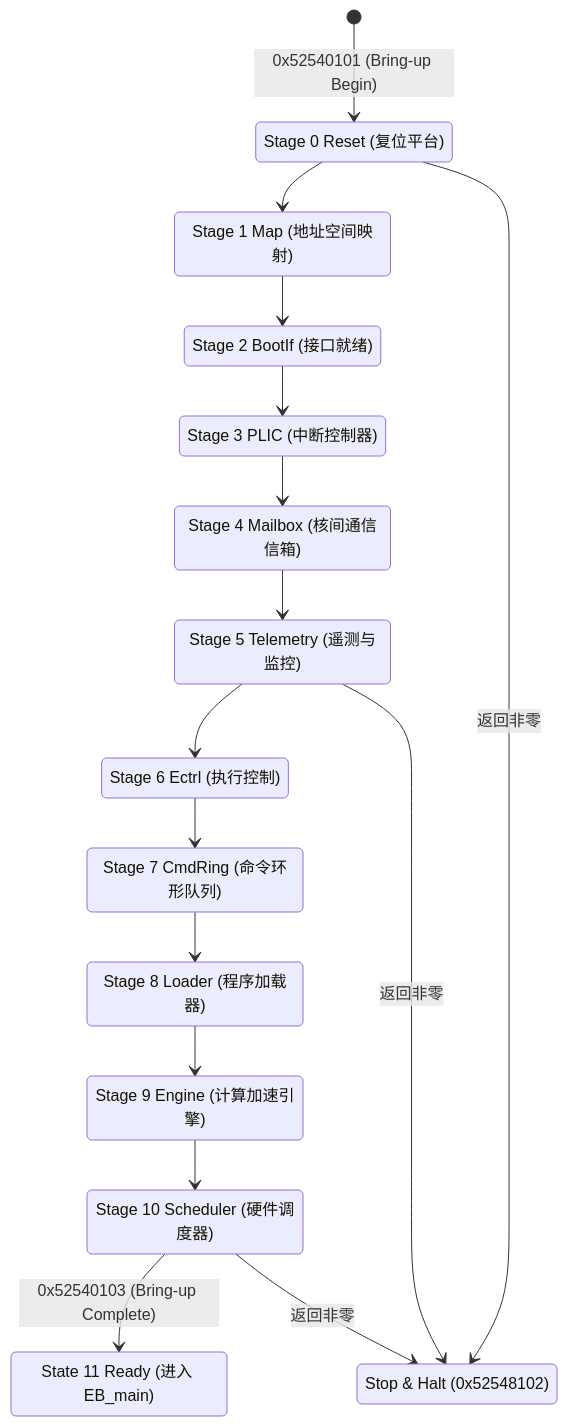
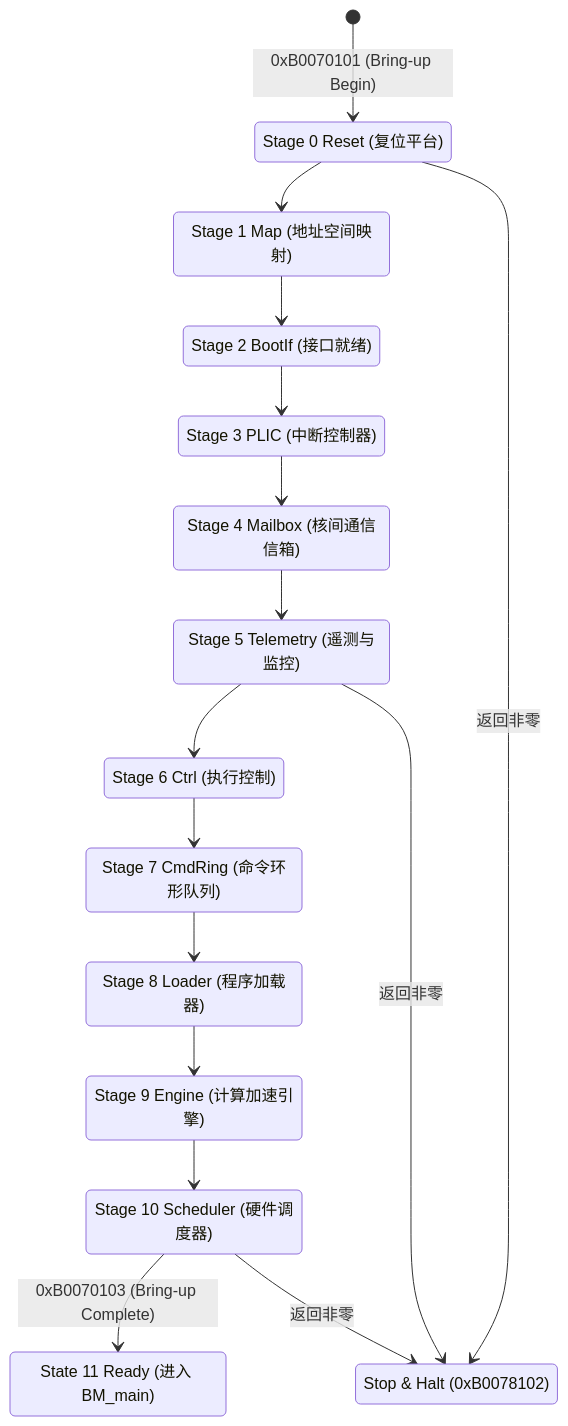
One commit to hqu-little-boy/blog changed the eighth of 13 diagrams in src/content/posts/riscv-baremetal-boot-and-runtime-bringup-guide.md. Above: the diagram before and after it, drawn with Mermaid. The commit also changed other lines of this file and 3 other files, not shown here.

Commit message:
feat(diagrams): support in-place source code toggle and character-level text selection

````diff
--- a/src/content/posts/riscv-baremetal-boot-and-runtime-bringup-guide.md
+++ b/src/content/posts/riscv-baremetal-boot-and-runtime-bringup-guide.md
@@ -492,33 +492,33 @@
 ```mermaid
 stateDiagram-v2
-    [*] --> Stage0: 0x52540101 (Bring-up Begin)
+    [*] --> Stage0: 0xB0070101 (Bring-up Begin)
     Stage0: Stage 0 Reset (复位平台)
     Stage1: Stage 1 Map (地址空间映射)
     Stage2: Stage 2 BootIf (接口就绪)
     Stage3: Stage 3 PLIC (中断控制器)
     Stage4: Stage 4 Mailbox (核间通信信箱)
     Stage5: Stage 5 Telemetry (遥测与监控)
-    Stage6: Stage 6 Ectrl (执行控制)
+    Stage6: Stage 6 Ctrl (执行控制)
     Stage7: Stage 7 CmdRing (命令环形队列)
     Stage8: Stage 8 Loader (程序加载器)
     Stage9: Stage 9 Engine (计算加速引擎)
     Stage10: Stage 10 Scheduler (硬件调度器)
-    Ready: State 11 Ready (进入 EB_main)
+    Ready: State 11 Ready (进入 BM_main)
 
     Stage0 --> Stage1
     Stage1 --> Stage2
     Stage2 --> Stage3
     Stage3 --> Stage4
     Stage4 --> Stage5
     Stage5 --> Stage6
     Stage6 --> Stage7
     Stage7 --> Stage8
     Stage8 --> Stage9
     Stage9 --> Stage10
-    Stage10 --> Ready: 0x52540103 (Bring-up Complete)
+    Stage10 --> Ready: 0xB0070103 (Bring-up Complete)
 
     Stage0 --> Error: 返回非零
     Stage5 --> Error: 返回非零
     Stage10 --> Error: 返回非零
-    Error: Stop & Halt (0x52548102)
+    Error: Stop & Halt (0xB0078102)
 ```
````
